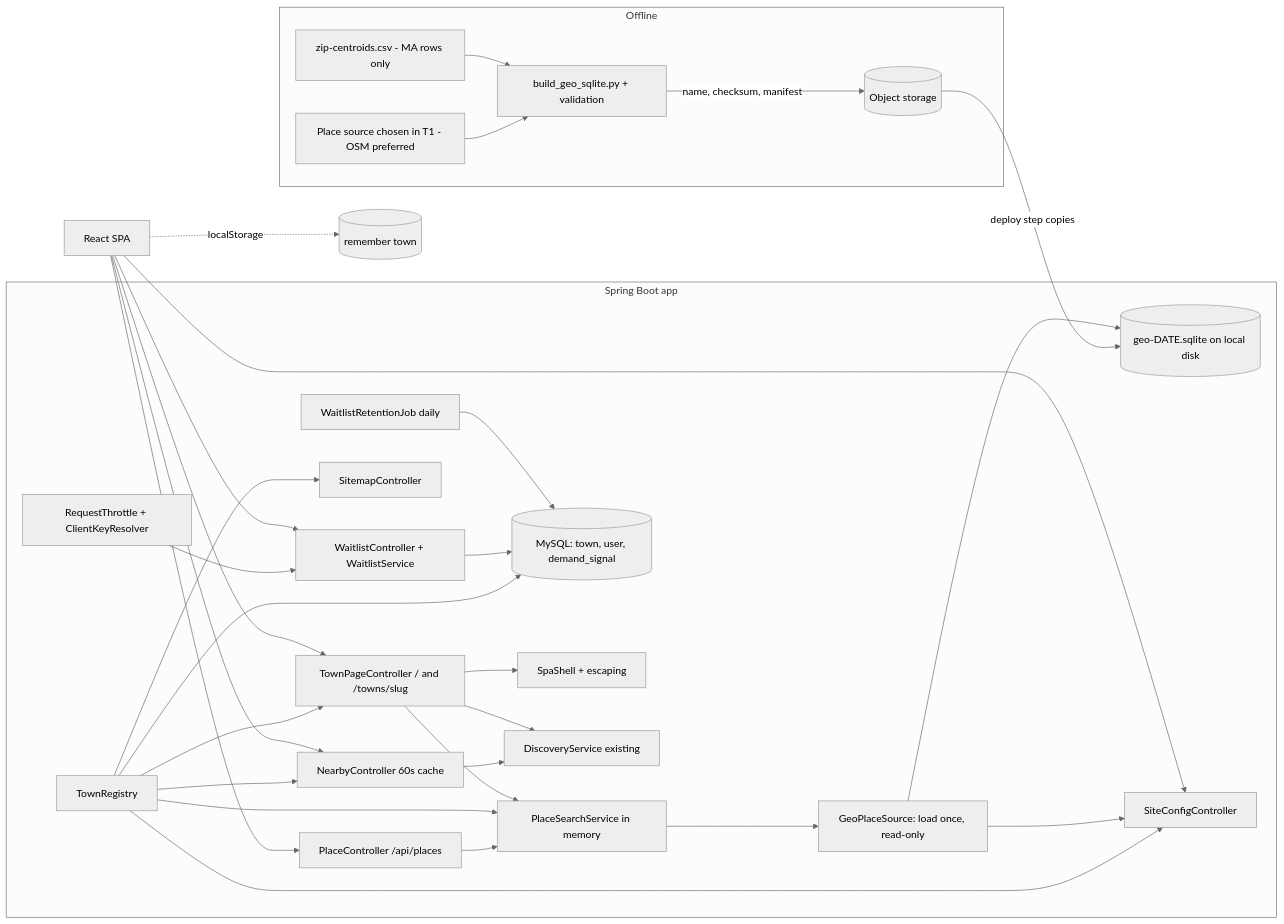
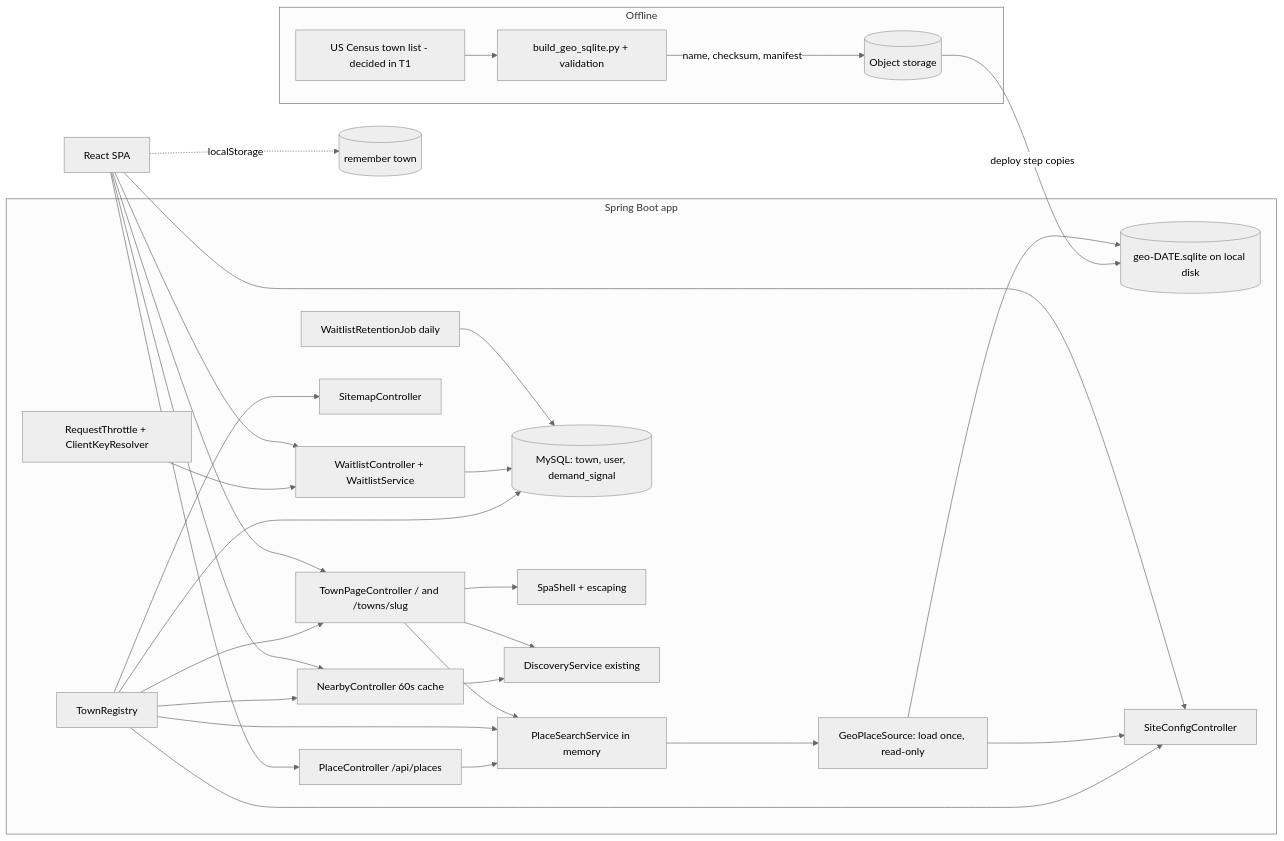
One commit to saravapalli/arang changed the second of 5 diagrams in docs/p2.1-town-entry/sdd.md. Above: the diagram before and after it, drawn with Mermaid (neutral theme). The commit also changed other lines of this file and 5 other files, not shown here.

First line of the commit message:
Move ZIP search to new P2.3 phase; P2.1 uses town names only

````diff
--- a/docs/p2.1-town-entry/sdd.md
+++ b/docs/p2.1-town-entry/sdd.md
@@ -363,27 +359,26 @@
 ```mermaid
 flowchart LR
   subgraph Offline
-    SRC[Place source chosen in T1 - OSM preferred] --> BUILD[build_geo_sqlite.py + validation]
-    ZIP[zip-centroids.csv - MA rows only] --> BUILD
+    SRC[US Census town list - decided in T1] --> BUILD[build_geo_sqlite.py + validation]
     BUILD -->|name, checksum, manifest| S3[(Object storage)]
   end
   S3 -->|deploy step copies| FILE[(geo-DATE.sqlite on local disk)]
   subgraph "Spring Boot app"
     GPS[GeoPlaceSource: load once, read-only] --> FILE
     PSS[PlaceSearchService in memory] --> GPS
     PC[PlaceController /api/places] --> PSS
     TR[TownRegistry] --> MYSQL[(MySQL: town, user, demand_signal)]
     SC[SiteConfigController]
     TP[TownPageController / and /towns/slug] --> SHELL[SpaShell + escaping]
     SM[SitemapController]
     WL[WaitlistController + WaitlistService] --> MYSQL
     TH[RequestThrottle + ClientKeyResolver] --> WL
     RJ[WaitlistRetentionJob daily] --> MYSQL
     NB[NearbyController 60s cache] --> DISC[DiscoveryService existing]
     TR --> SC & TP & SM & NB & PSS
     GPS --> SC
     TP --> PSS & DISC
   end
   SPA[React SPA] --> PC & SC & WL & NB & TP
   SPA -. localStorage .-> BROWSER[(remember town)]
 ```
````
